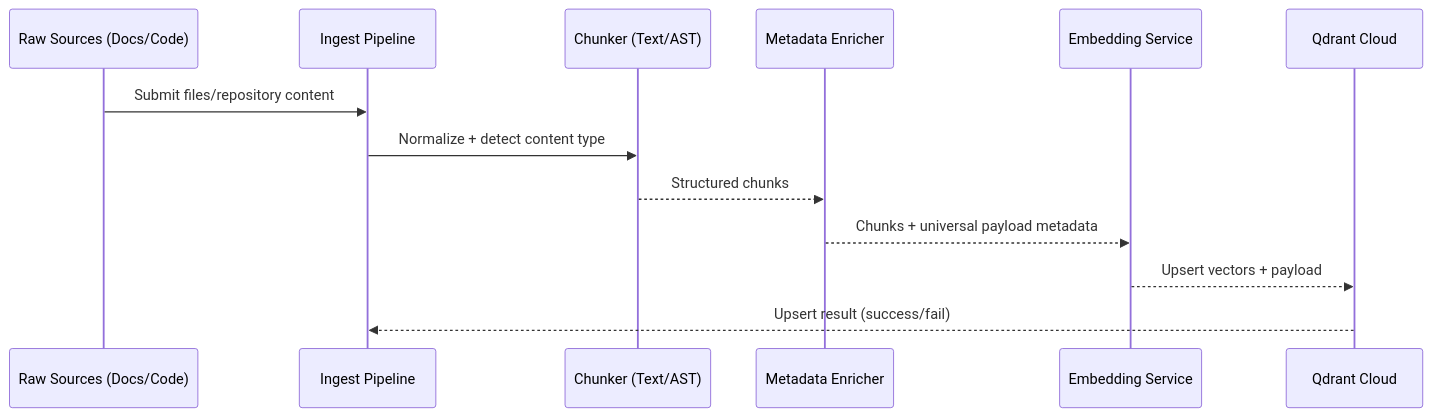
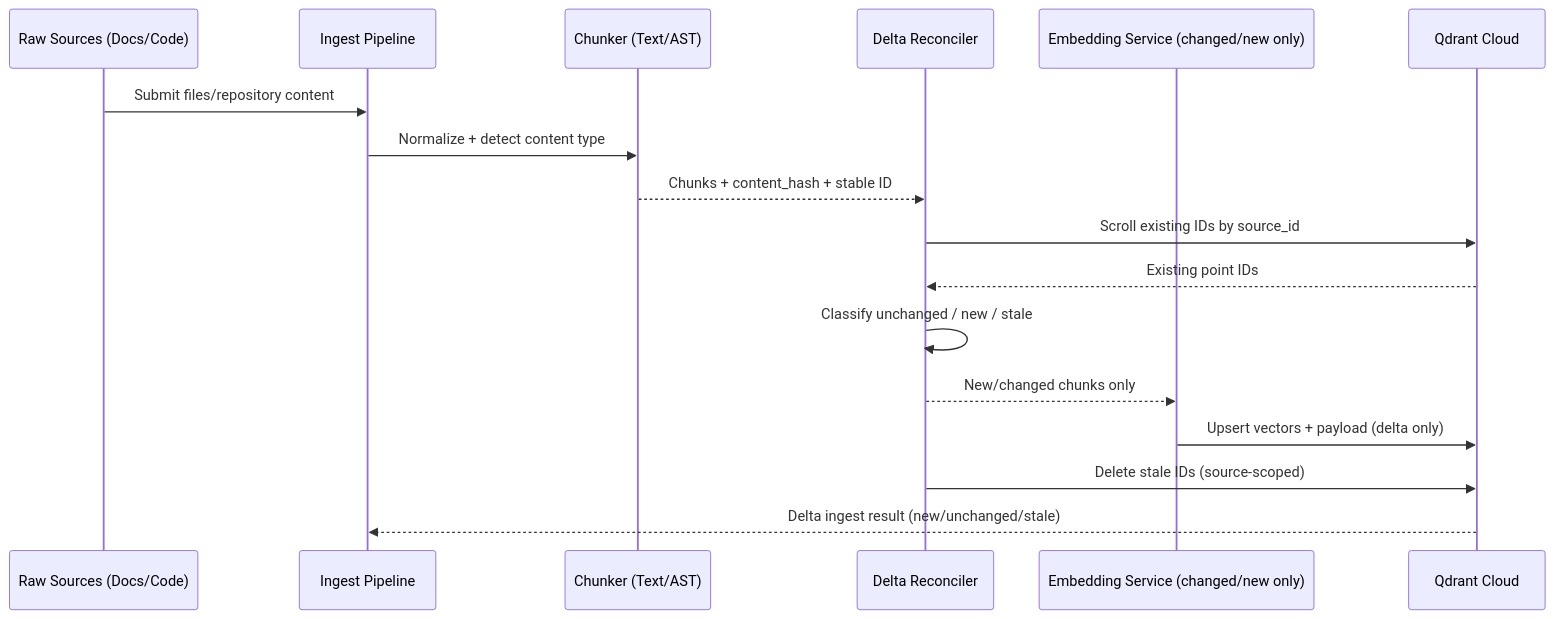
Before and after one commit to kelasdev/agentRAG: the second of 3 diagrams in PRD.md, drawn with Mermaid. The commit also changed other lines of this file and 7 other files, not shown here.

````diff
--- a/PRD.md
+++ b/PRD.md
@@ -1063,16 +1074,20 @@
 ```mermaid
 sequenceDiagram
     participant SRC as Raw Sources (Docs/Code)
     participant ING as Ingest Pipeline
     participant CH as Chunker (Text/AST)
-    participant MD as Metadata Enricher
-    participant EMB as Embedding Service
+    participant DG as Delta Reconciler
+    participant EMB as Embedding Service (changed/new only)
     participant QD as Qdrant Cloud
 
     SRC->>ING: Submit files/repository content
     ING->>CH: Normalize + detect content type
-    CH-->>MD: Structured chunks
-    MD-->>EMB: Chunks + universal payload metadata
-    EMB-->>QD: Upsert vectors + payload
-    QD-->>ING: Upsert result (success/fail)
+    CH-->>DG: Chunks + content_hash + stable ID
+    DG->>QD: Scroll existing IDs by source_id
+    QD-->>DG: Existing point IDs
+    DG->>DG: Classify unchanged / new / stale
+    DG-->>EMB: New/changed chunks only
+    EMB->>QD: Upsert vectors + payload (delta only)
+    DG->>QD: Delete stale IDs (source-scoped)
+    QD-->>ING: Delta ingest result (new/unchanged/stale)
 ```
````
